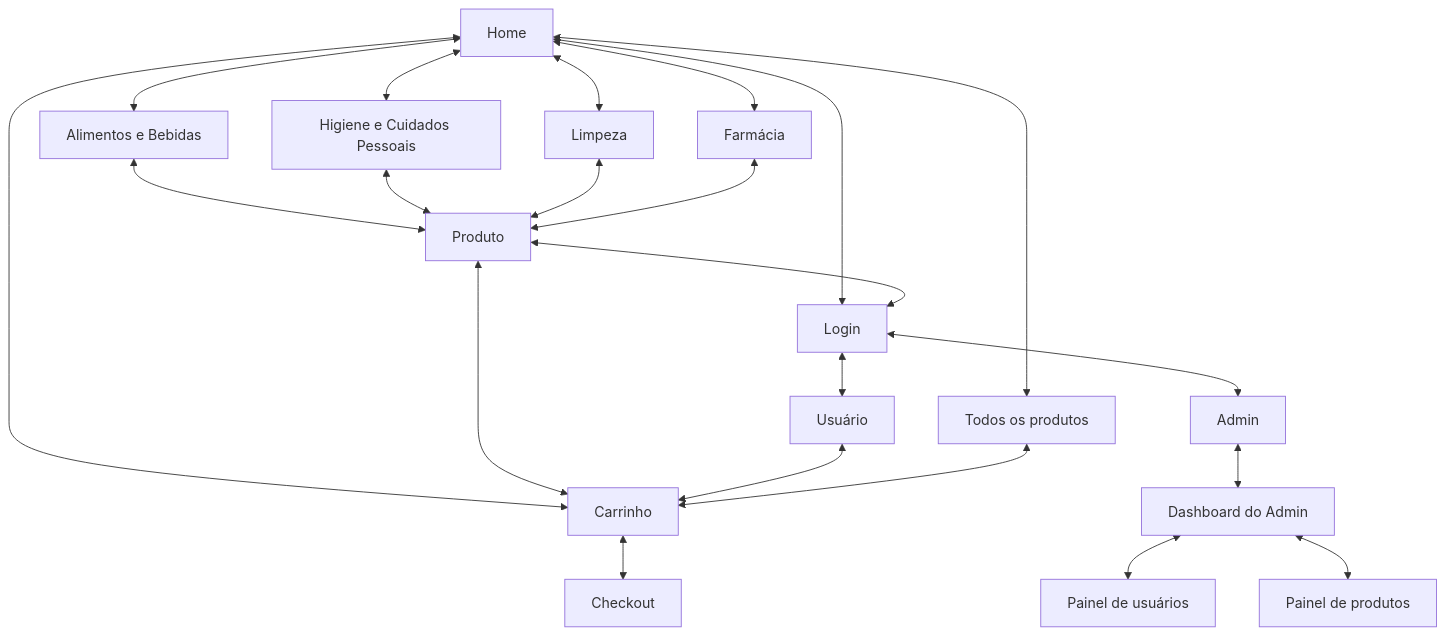
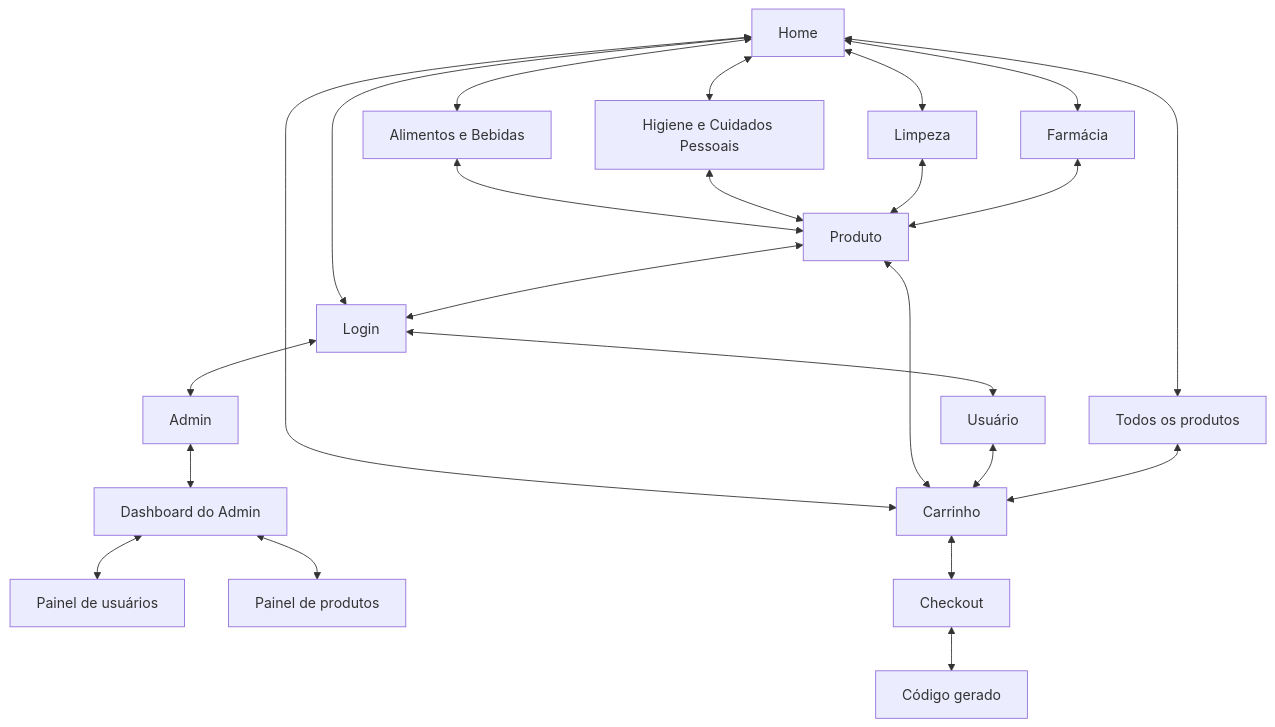
Before and after one commit to joaopgodoy/online_store_project: the diagram in README.md, drawn with Mermaid. The commit also changed 1 other file, not shown here.

Commit message:
NEW: card.jpeg mockup

````diff
--- a/README.md
+++ b/README.md
@@ -50,61 +50,64 @@
 ```mermaid
 graph TD
   Home[Home]
   Alimentos[Alimentos e Bebidas]
   Higiene[Higiene e Cuidados Pessoais]
   Limpeza[Limpeza]
   Farmacia[Farmácia]
   Produto[Produto]
   Carrinho[Carrinho]
   Login[Login]
   Usuario[Usuário]
   Admin[Admin]
   Dashboard[Dashboard do Admin]
   PainelUsuarios[Painel de usuários]
   PainelProdutos[Painel de produtos]
   TodosProdutos[Todos os produtos]
   Checkout[Checkout]
+  CodigoGerado[Código gerado]
 
   %% Ligações
   Home <--> Alimentos
   Home <--> Higiene
   Home <--> Limpeza
   Home <--> Farmacia
   Home <--> Carrinho
   Home <--> Login
   Home <--> TodosProdutos
 
   Alimentos <--> Produto
   Higiene <--> Produto
   Limpeza <--> Produto
   Farmacia <--> Produto
 
   Produto <--> Carrinho
   Produto <--> Login
 
   Login <--> Usuario
   Usuario <--> Carrinho
   TodosProdutos <--> Carrinho
   Carrinho <--> Checkout
+  Checkout <--> CodigoGerado
 
   Login <--> Admin
   Admin <--> Dashboard
 
   Dashboard <--> PainelUsuarios
   Dashboard <--> PainelProdutos
 
   %% Links nos nós
   click Home "https://github.com/joaopgodoy/online_store_project/blob/main/mockups/index_01.png" _blank
   click Carrinho "https://github.com/joaopgodoy/online_store_project/blob/main/mockups/cart.png" _blank
   click Login "https://github.com/joaopgodoy/online_store_project/blob/main/mockups/login.png" _blank
   click Alimentos "https://github.com/joaopgodoy/online_store_project/blob/main/mockups/alimentos.jpeg" _blank
   click Higiene "https://github.com/joaopgodoy/online_store_project/blob/main/mockups/higiene.jpeg" _blank
   click Limpeza "https://github.com/joaopgodoy/online_store_project/blob/main/mockups/limpeza.jpeg" _blank
   click Farmacia "https://github.com/joaopgodoy/online_store_project/blob/main/mockups/farmacia.jpeg" _blank
   click Produto "https://github.com/joaopgodoy/online_store_project/blob/main/mockups/product.jpeg" _blank
   click Usuario "https://github.com/joaopgodoy/online_store_project/blob/main/mockups/user.jpeg" _blank
   click PainelUsuarios "https://github.com/joaopgodoy/online_store_project/blob/main/mockups/admin_dashboard_users.jpeg" _blank
   click PainelProdutos "https://github.com/joaopgodoy/online_store_project/blob/main/mockups/admin_dashboard_products.jpeg" _blank
   click TodosProdutos "https://github.com/joaopgodoy/online_store_project/blob/main/mockups/all_products.jpeg" _blank
   click Checkout "https://github.com/joaopgodoy/online_store_project/blob/main/mockups/code.jpeg" _blank
+  click CodigoGerado "https://github.com/joaopgodoy/online_store_project/blob/main/mockups/code.jpeg" _blank
 ```
````
